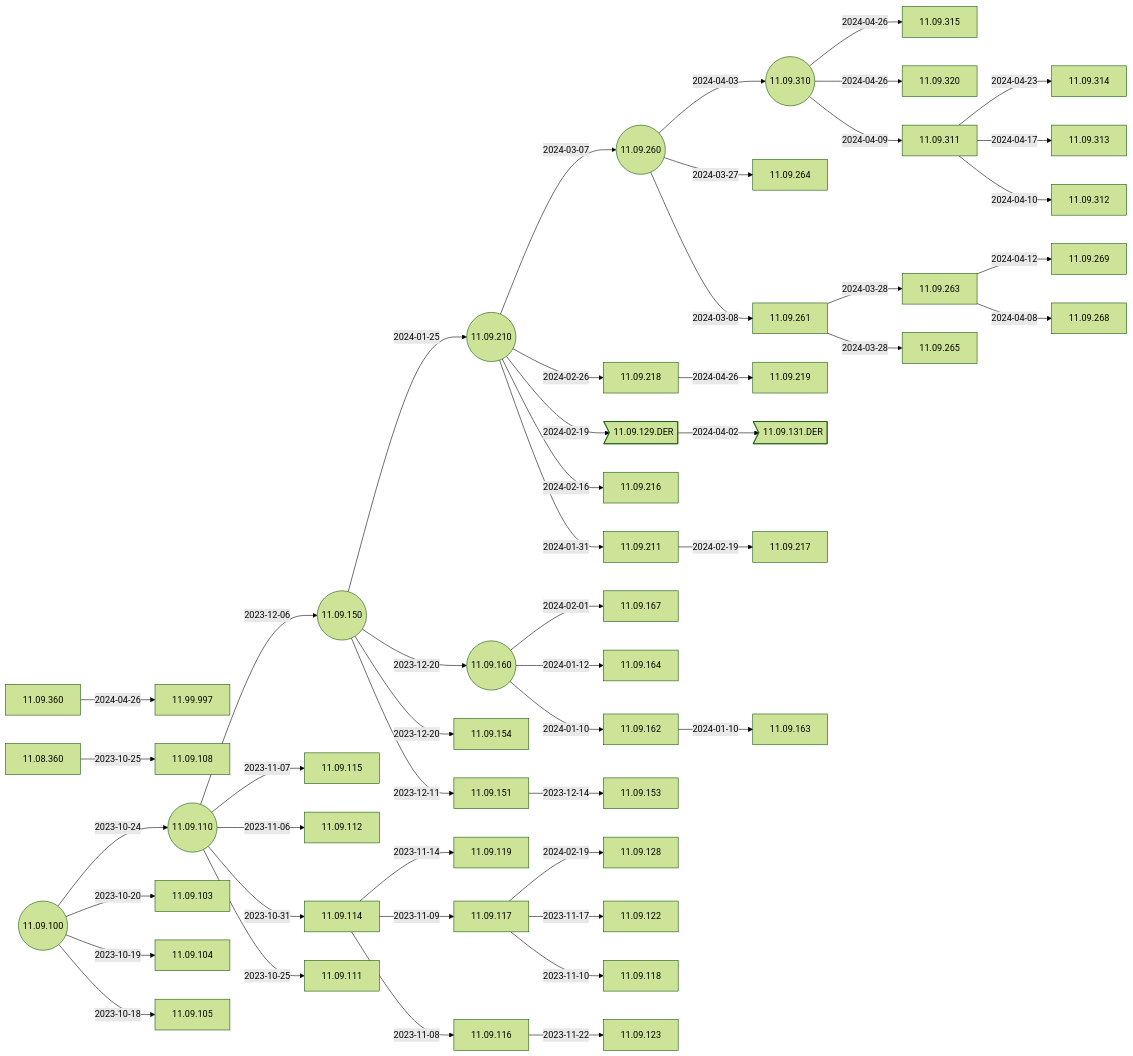
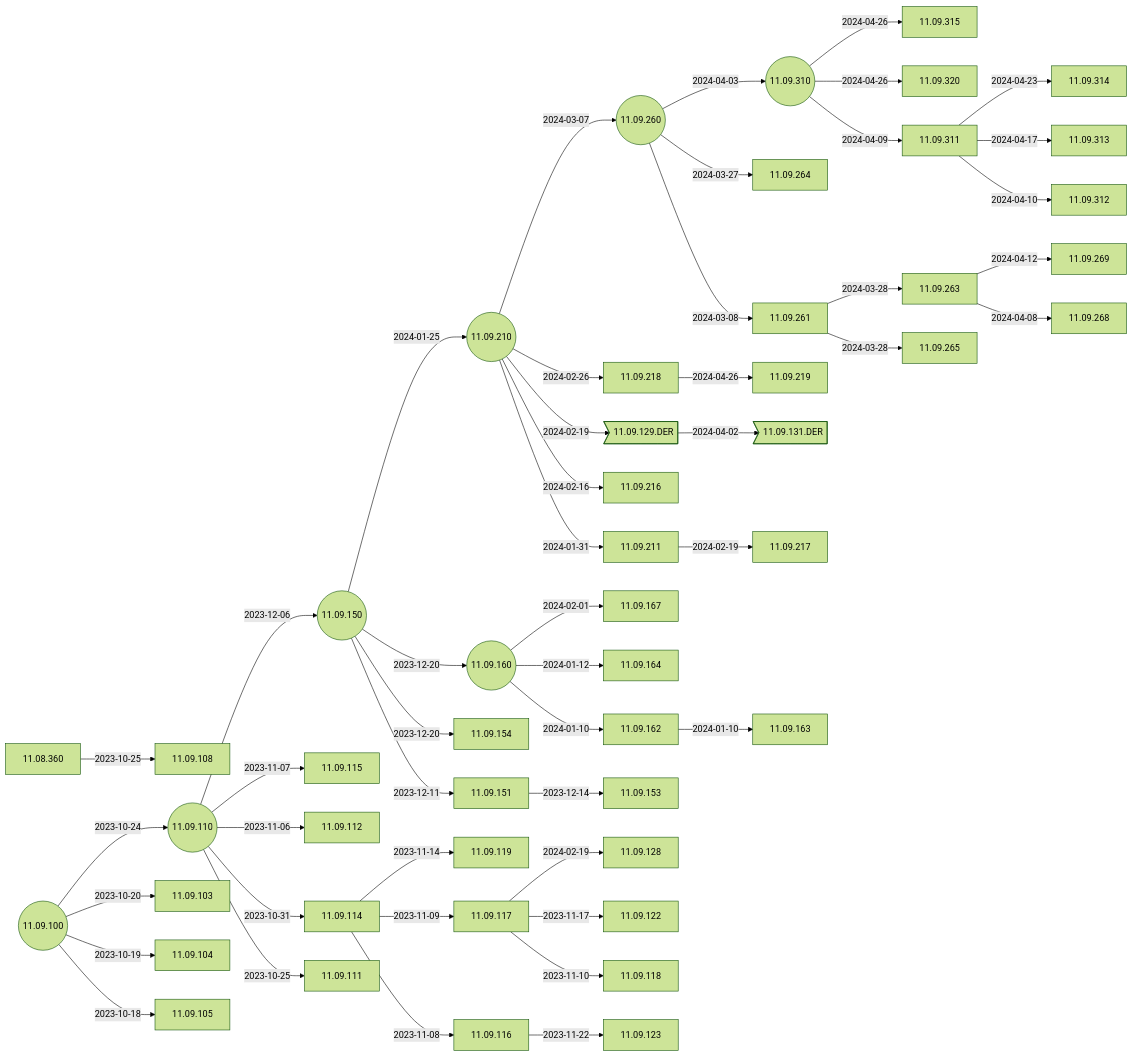
Before and after one commit to IGEL-Community/IGEL-Docs-v02: the second of 5 diagrams in docs/Docs/ReleaseNotes/01-OS11/README.md, drawn with Mermaid (forest theme). The commit also changed 1 other file, not shown here.

Commit message:
11.99.997 < 11.08.360

````diff
--- a/docs/Docs/ReleaseNotes/01-OS11/README.md
+++ b/docs/Docs/ReleaseNotes/01-OS11/README.md
@@ -41,6 +41,5 @@
 ```mermaid
 flowchart LR
-    11.09.360-- 2024-04-26 -->11.99.997
     11.09.310-- 2024-04-26 -->11.09.315
     11.09.218-- 2024-04-26 -->11.09.219
     11.09.310-- 2024-04-26 -->11.09.320
@@ -89,7 +88,6 @@
     11.09.100-- 2023-10-19 -->11.09.104
     11.09.100-- 2023-10-18 -->11.09.105
     11.09.100((11.09.100))
-    click 11.99.997 "https://github.com/IGEL-Community/IGEL-Docs-v02/tree/main/docs/Docs/ReleaseNotes/01-OS11/readme11.99.997.txt" _blank
     click 11.09.315 "https://github.com/IGEL-Community/IGEL-Docs-v02/tree/main/docs/Docs/ReleaseNotes/01-OS11/readme11.09.315.txt" _blank
     click 11.09.219 "https://github.com/IGEL-Community/IGEL-Docs-v02/tree/main/docs/Docs/ReleaseNotes/01-OS11/readme11.09.219.txt" _blank
     click 11.09.320 "https://github.com/IGEL-Community/IGEL-Docs-v02/tree/main/docs/Docs/ReleaseNotes/01-OS11/readme11.09.320.txt" _blank
````
